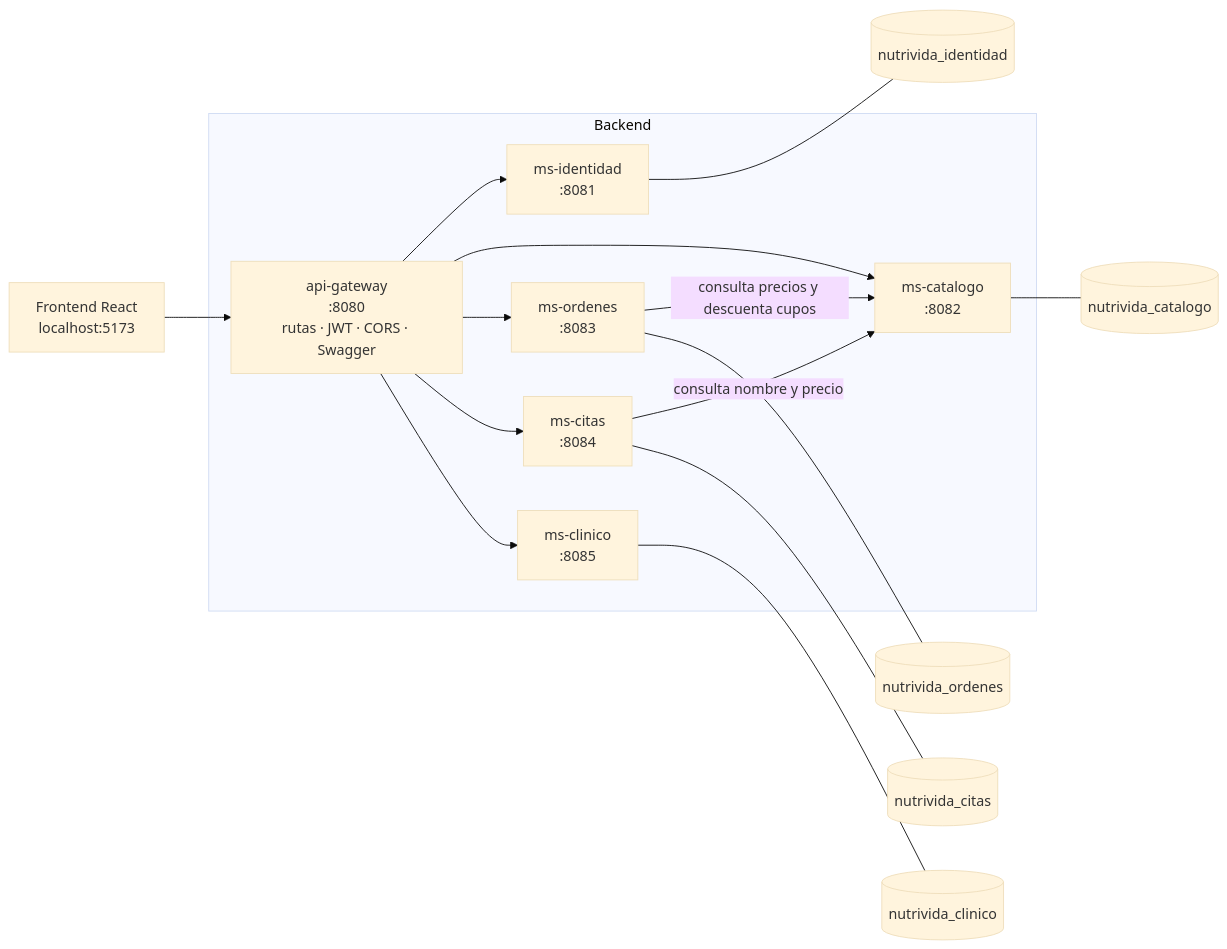
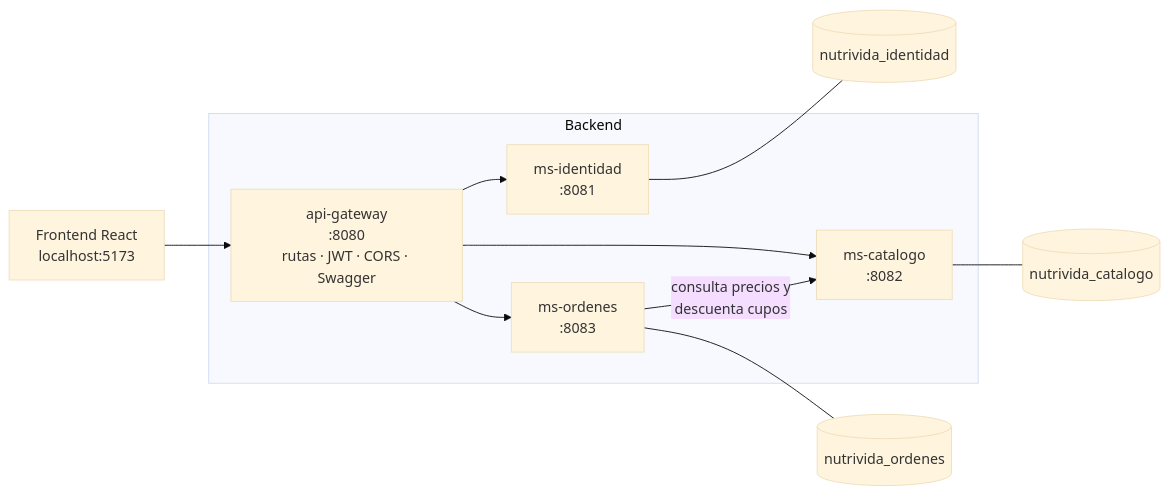
The diagram in README.md (MagePower91/NutriVida-Backend), drawn with Mermaid (base theme) before and after one commit. The commit also changed other lines of this file and 60 other files, not shown here.

````diff
--- a/README.md
+++ b/README.md
@@ -13,27 +13,20 @@
 ```mermaid
 flowchart LR
-    FE["Frontend React<br/>localhost:5173"] --> GW
+    FE[Frontend React<br/>localhost:5173] --> GW
 
     subgraph Backend
-        GW["api-gateway<br/>:8080<br/>rutas · JWT · CORS · Swagger"]
-        ID["ms-identidad<br/>:8081"]
-        CA["ms-catalogo<br/>:8082"]
-        OR["ms-ordenes<br/>:8083"]
-        CI["ms-citas<br/>:8084"]
-        CL["ms-clinico<br/>:8085"]
+        GW[api-gateway<br/>:8080<br/>rutas · JWT · CORS · Swagger]
+        ID[ms-identidad<br/>:8081]
+        CA[ms-catalogo<br/>:8082]
+        OR[ms-ordenes<br/>:8083]
     end
 
     GW --> ID
     GW --> CA
     GW --> OR
-    GW --> CI
-    GW --> CL
-    CI -->|"consulta nombre y precio"| CA
-    OR -->|"consulta precios y descuenta cupos"| CA
+    OR -- consulta precios y<br/>descuenta cupos --> CA
 
     ID --- DB1[(nutrivida_identidad)]
     CA --- DB2[(nutrivida_catalogo)]
     OR --- DB3[(nutrivida_ordenes)]
-    CI --- DB4[(nutrivida_citas)]
-    CL --- DB5[(nutrivida_clinico)]
 ```
````
